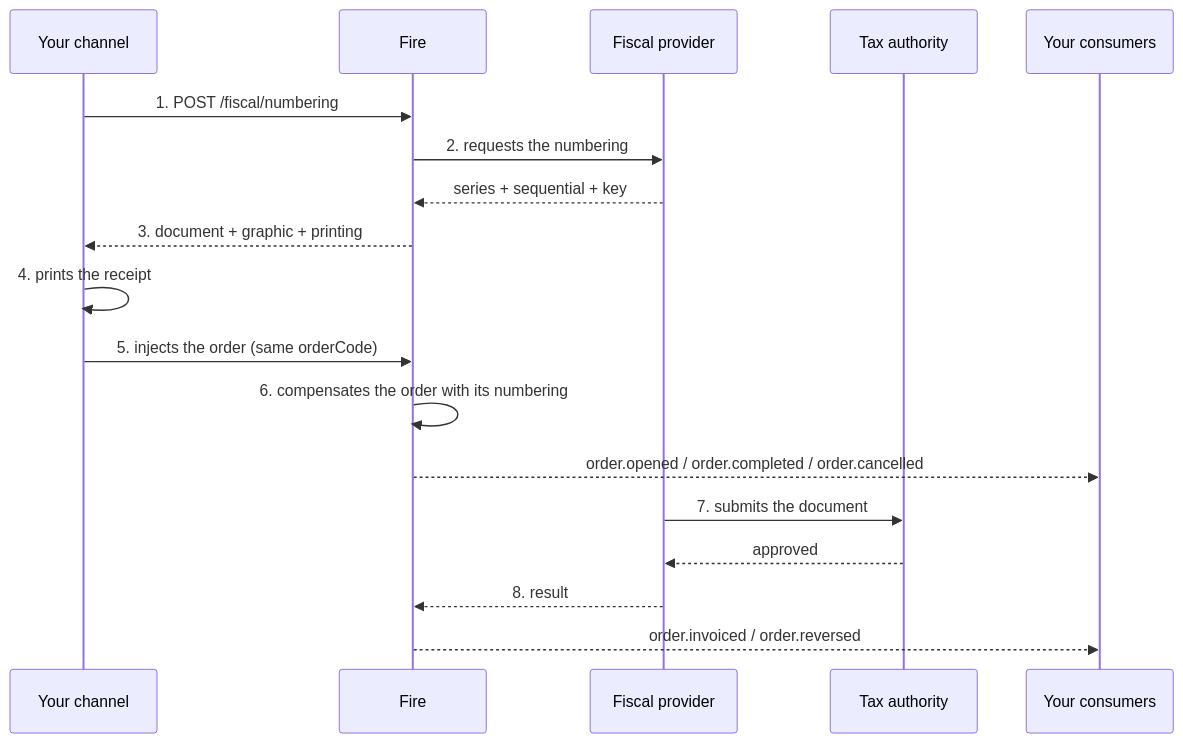
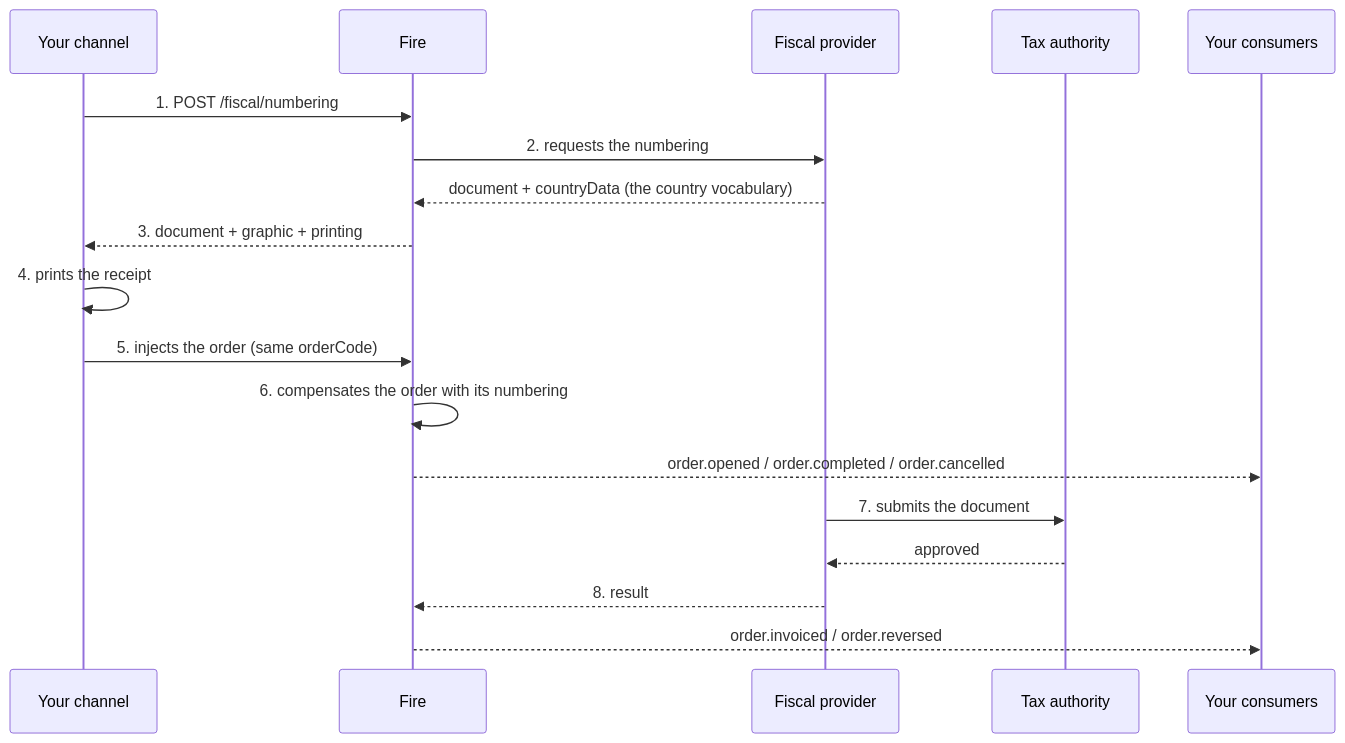
One commit to fire-rest/documentation changed the diagram in en/guides/fiscal-integration.mdx. Above: the diagram before and after it, drawn with Mermaid. The commit also changed other lines of this file and 32 other files, not shown here.

````diff
--- a/en/guides/fiscal-integration.mdx
+++ b/en/guides/fiscal-integration.mdx
@@ -38,21 +38,21 @@
 ```mermaid
 sequenceDiagram
     participant POS as Your channel
     participant Fire
     participant Prov as Fiscal provider
     participant Auth as Tax authority
     participant Cons as Your consumers
 
     POS->>Fire: 1. POST /fiscal/numbering
     Fire->>Prov: 2. requests the numbering
-    Prov-->>Fire: series + sequential + key
+    Prov-->>Fire: document + countryData (the country vocabulary)
     Fire-->>POS: 3. document + graphic + printing
     POS->>POS: 4. prints the receipt
     POS->>Fire: 5. injects the order (same orderCode)
     Fire->>Fire: 6. compensates the order with its numbering
     Fire-->>Cons: order.opened / order.completed / order.cancelled
     Prov->>Auth: 7. submits the document
     Auth-->>Prov: approved
     Prov-->>Fire: 8. result
     Fire-->>Cons: order.invoiced / order.reversed
 ```
````
